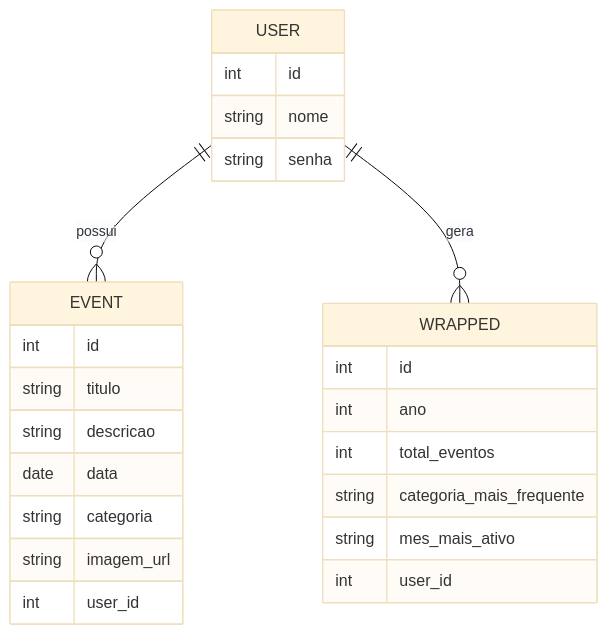
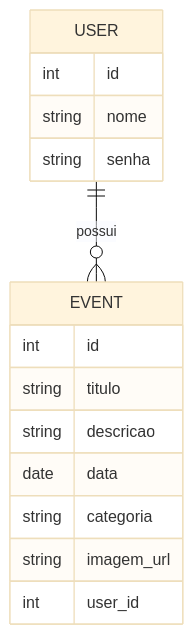
One commit to leonardocpadilha/life-track changed the diagram in docs/spec.md. Above: the diagram before and after it, drawn with Mermaid (base theme). The commit also changed other lines of this file, not shown here.

````diff
--- a/docs/spec.md
+++ b/docs/spec.md
@@ -7,30 +7,20 @@
 ```mermaid
 erDiagram
 USER {
 int id
 string nome
 string senha
 }
 
 EVENT {
 int id
 string titulo
 string descricao
 date data
 string categoria
 string imagem_url
 int user_id
 }
 
-WRAPPED {
-int id
-int ano
-int total_eventos
-string categoria_mais_frequente
-string mes_mais_ativo
-int user_id
-}
-
 USER ||--o{ EVENT : possui
-USER ||--o{ WRAPPED : gera
 ```
````
